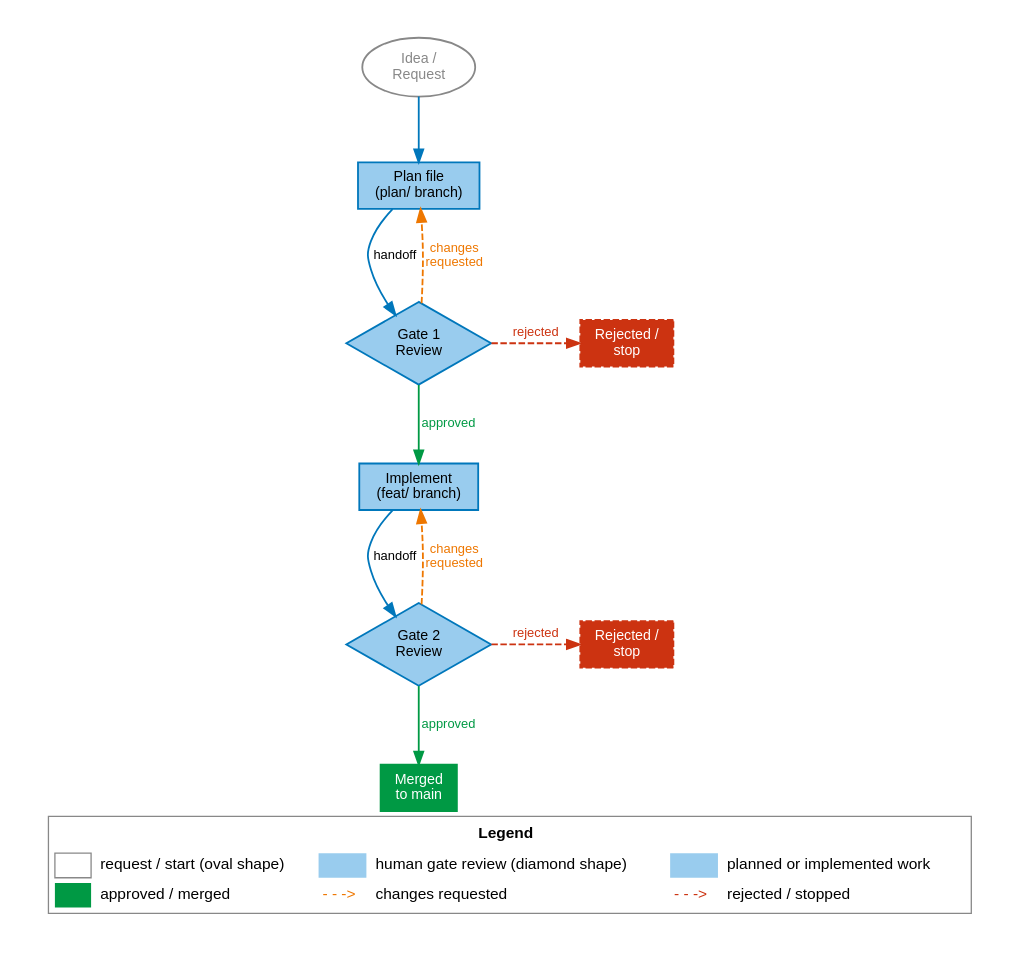
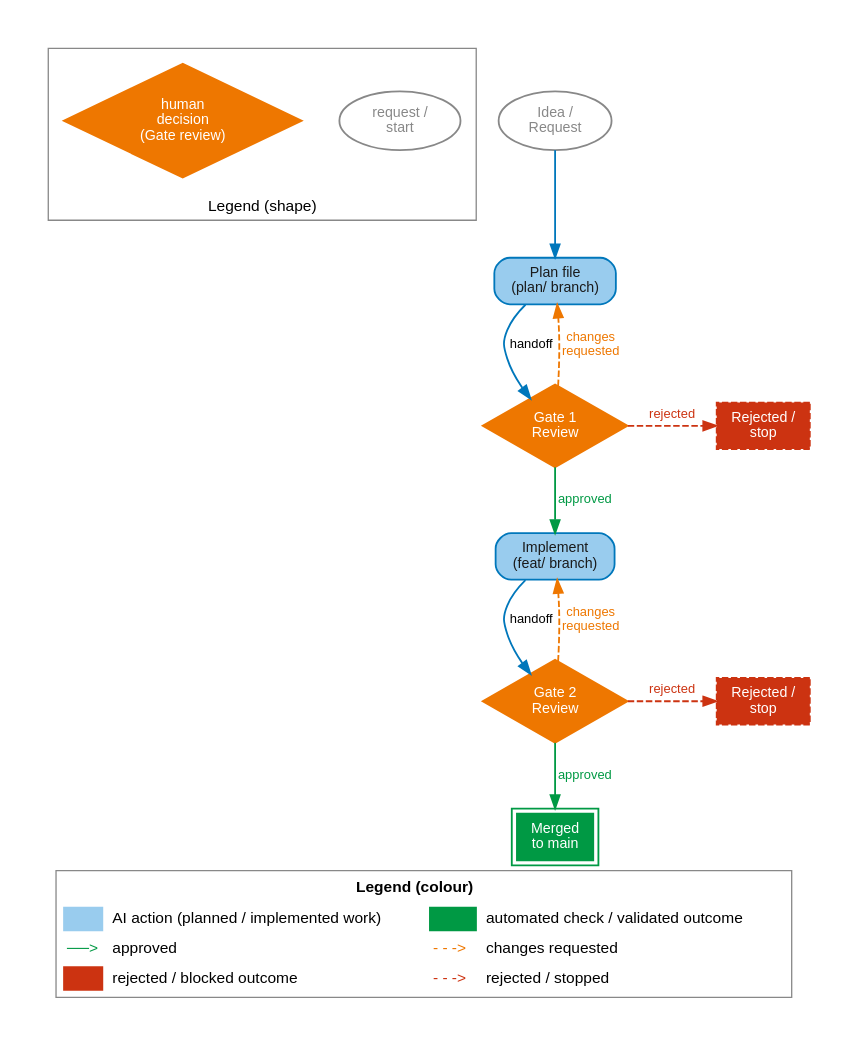
One commit to janipaijanen/agf-mirror changed the diagram in agf/docs/figures/src/gate-pipeline.dot. Above: the diagram before and after it, drawn with Graphviz. The commit also changed 3 other files, not shown here.

```diff
--- a/agf/docs/figures/src/gate-pipeline.dot
+++ b/agf/docs/figures/src/gate-pipeline.dot
@@ -1,56 +1,88 @@
 // SPDX-License-Identifier: CC-BY-SA-4.0
 // agents-govern: Gate 1 / Gate 2 pipeline
 // Generate: dot -Tsvg gate-pipeline.dot -o ../gate-pipeline.svg
+//
+// Semantic responsibility palette: agf/docs/site/reference/palette.md
+// ("Semantic responsibility palette" section). Fill colour encodes who is
+// responsible for a node (Human decision / AI action / Automated
+// check-validated outcome); shape is a second, colour-independent signal
+// for the same category. `red-mid` is the separate rejected/blocked
+// outcome accent, not a sixth responsibility category. The shape-key
+// below renders real shapes as swatches -- never described in words
+// (the prior "(oval shape)"/"(diamond shape)" legend text is the defect
+// this revision fixes).
 digraph gate_pipeline {
-    graph [rankdir=TB, splines=spline, pad=0.3, nodesep=0.4, ranksep=0.7,
+    graph [rankdir=TB, splines=spline, pad=0.3, nodesep=0.4, ranksep=0.55,
            bgcolor=white, fontname="Helvetica", fontsize=12, labelloc=b, label=<
         <TABLE BORDER="1" CELLBORDER="0" CELLSPACING="4" CELLPADDING="3" COLOR="#888888" BGCOLOR="white">
-            <TR><TD COLSPAN="6"><B>Legend</B></TD></TR>
+            <TR><TD COLSPAN="4"><B>Legend (colour)</B></TD></TR>
             <TR>
-                <TD BORDER="1" COLOR="#888888" WIDTH="28"></TD><TD ALIGN="LEFT">request / start (oval shape)</TD>
-                <TD BGCOLOR="#99CCEE" WIDTH="28"></TD><TD ALIGN="LEFT">human gate review (diamond shape)</TD>
-                <TD BGCOLOR="#99CCEE" WIDTH="28"></TD><TD ALIGN="LEFT">planned or implemented work</TD>
+                <TD BGCOLOR="#99CCEE" WIDTH="24"></TD><TD ALIGN="LEFT">AI action (planned / implemented work)</TD>
+                <TD BGCOLOR="#009944" WIDTH="24"></TD><TD ALIGN="LEFT">automated check / validated outcome</TD>
             </TR>
             <TR>
-                <TD BGCOLOR="#009944" WIDTH="28"></TD><TD ALIGN="LEFT">approved / merged</TD>
+                <TD><FONT COLOR="#009944">──&gt;</FONT></TD><TD ALIGN="LEFT">approved</TD>
                 <TD><FONT COLOR="#EE7700">- - -&gt;</FONT></TD><TD ALIGN="LEFT">changes requested</TD>
+            </TR>
+            <TR>
+                <TD BGCOLOR="#CC3311" WIDTH="24"></TD><TD ALIGN="LEFT">rejected / blocked outcome</TD>
                 <TD><FONT COLOR="#CC3311">- - -&gt;</FONT></TD><TD ALIGN="LEFT">rejected / stopped</TD>
             </TR>
         </TABLE>
     >]
     node  [fontname="Helvetica", fontsize=11, style=filled, shape=box,
            fillcolor="#99CCEE", color="#0077BB", penwidth=1.4]
     edge  [fontname="Helvetica", fontsize=10, color="#0077BB", penwidth=1.4]
 
+    // Shape key: real shapes, self-labeled (same convention as the
+    // pipeline nodes below), not described in words. Not part of the
+    // pipeline flow -- no edges connect it to the pipeline nodes below.
+    subgraph cluster_shapekey {
+        label = "Legend (shape)"
+        fontname = "Helvetica"
+        fontsize = 12
+        color = "#888888"
+        margin = 12
+        rank = same
+
+        sk_oval    [label="request /\nstart", shape=ellipse, fillcolor=white,
+                    color="#888888", fontcolor="#888888"]
+        sk_diamond [label="human\ndecision\n(Gate review)", shape=diamond,
+                    fillcolor="#EE7700", color="#EE7700", fontcolor=white]
+    }
+
+    // ── Pipeline ────────────────────────────────────────────────────────
     idea     [label="Idea /\nRequest", shape=ellipse, fillcolor=white,
               color="#888888", fontcolor="#888888"]
-    plan     [label="Plan file\n(plan/ branch)"]
-    gate1    [label="Gate 1\nReview", shape=diamond, fillcolor="#99CCEE",
-              color="#0077BB"]
-    impl     [label="Implement\n(feat/ branch)"]
-    gate2    [label="Gate 2\nReview", shape=diamond, fillcolor="#99CCEE",
-              color="#0077BB"]
-    merged   [label="Merged\nto main", fillcolor="#009944", fontcolor=white,
-              color="#009944"]
+    plan     [label="Plan file\n(plan/ branch)", style="filled,rounded",
+              fillcolor="#99CCEE", color="#0077BB", fontcolor="#1A1A1A"]
+    gate1    [label="Gate 1\nReview", shape=diamond, fillcolor="#EE7700",
+              color="#EE7700", fontcolor=white]
+    impl     [label="Implement\n(feat/ branch)", style="filled,rounded",
+              fillcolor="#99CCEE", color="#0077BB", fontcolor="#1A1A1A"]
+    gate2    [label="Gate 2\nReview", shape=diamond, fillcolor="#EE7700",
+              color="#EE7700", fontcolor=white]
+    merged   [label="Merged\nto main", style="filled,bold", peripheries=2,
+              fillcolor="#009944", fontcolor=white, color="#009944"]
     rejected1 [label="Rejected /\nstop", fillcolor="#CC3311", fontcolor=white,
                color="#CC3311", style="filled,dashed"]
     rejected2 [label="Rejected /\nstop", fillcolor="#CC3311", fontcolor=white,
                color="#CC3311", style="filled,dashed"]
 
     idea  -> plan
     plan  -> gate1  [label="handoff"]
     gate1 -> impl   [label="approved", color="#009944", fontcolor="#009944"]
     gate1 -> plan   [label="changes\nrequested", style=dashed, color="#EE7700",
                      fontcolor="#EE7700"]
     gate1 -> rejected1 [label="rejected", style=dashed, color="#CC3311",
                         fontcolor="#CC3311", constraint=false]
     impl  -> gate2  [label="handoff"]
     gate2 -> merged [label="approved", color="#009944", fontcolor="#009944"]
     gate2 -> impl   [label="changes\nrequested", style=dashed, color="#EE7700",
                      fontcolor="#EE7700"]
     gate2 -> rejected2 [label="rejected", style=dashed, color="#CC3311",
                         fontcolor="#CC3311", constraint=false]
 
     { rank=same; gate1; rejected1 }
     { rank=same; gate2; rejected2 }
 }
```
